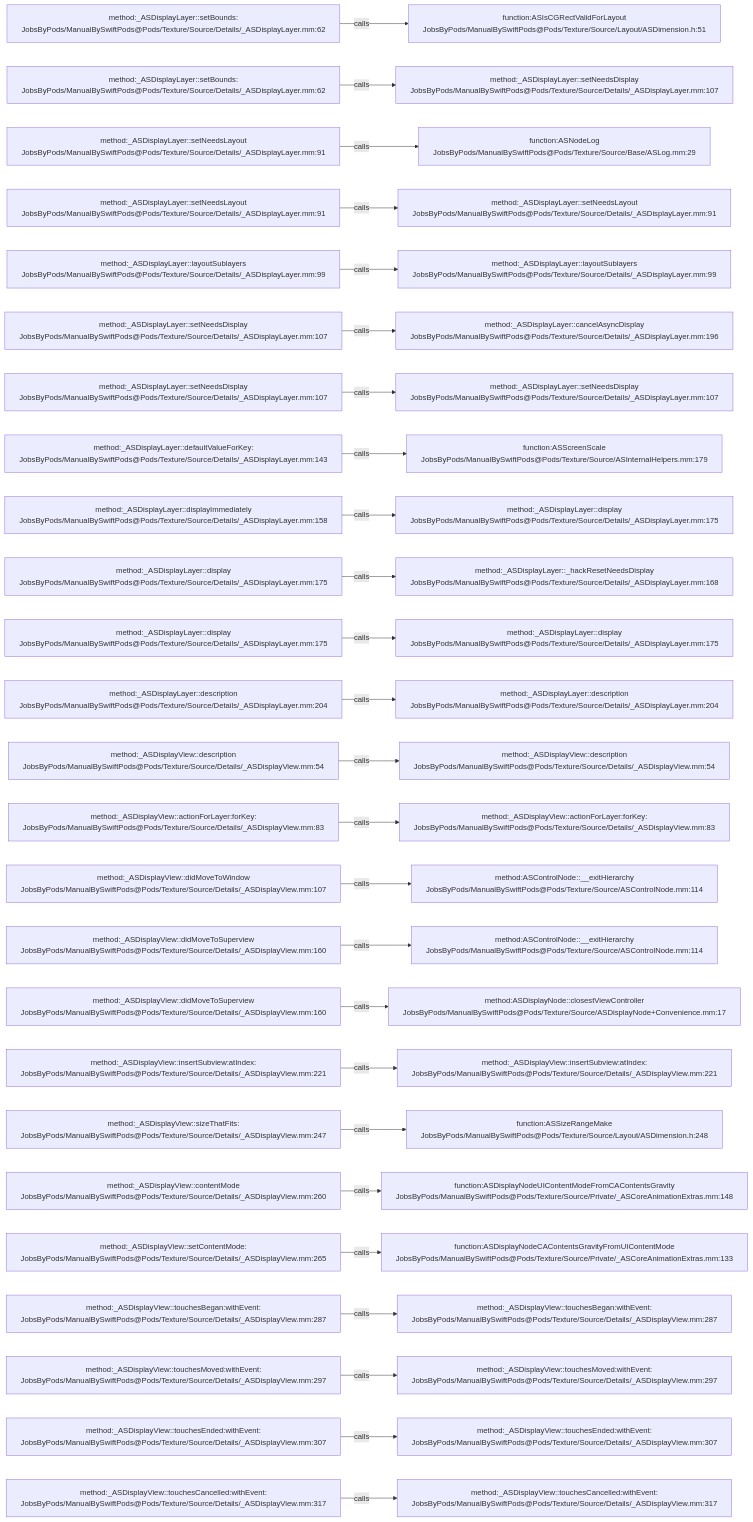
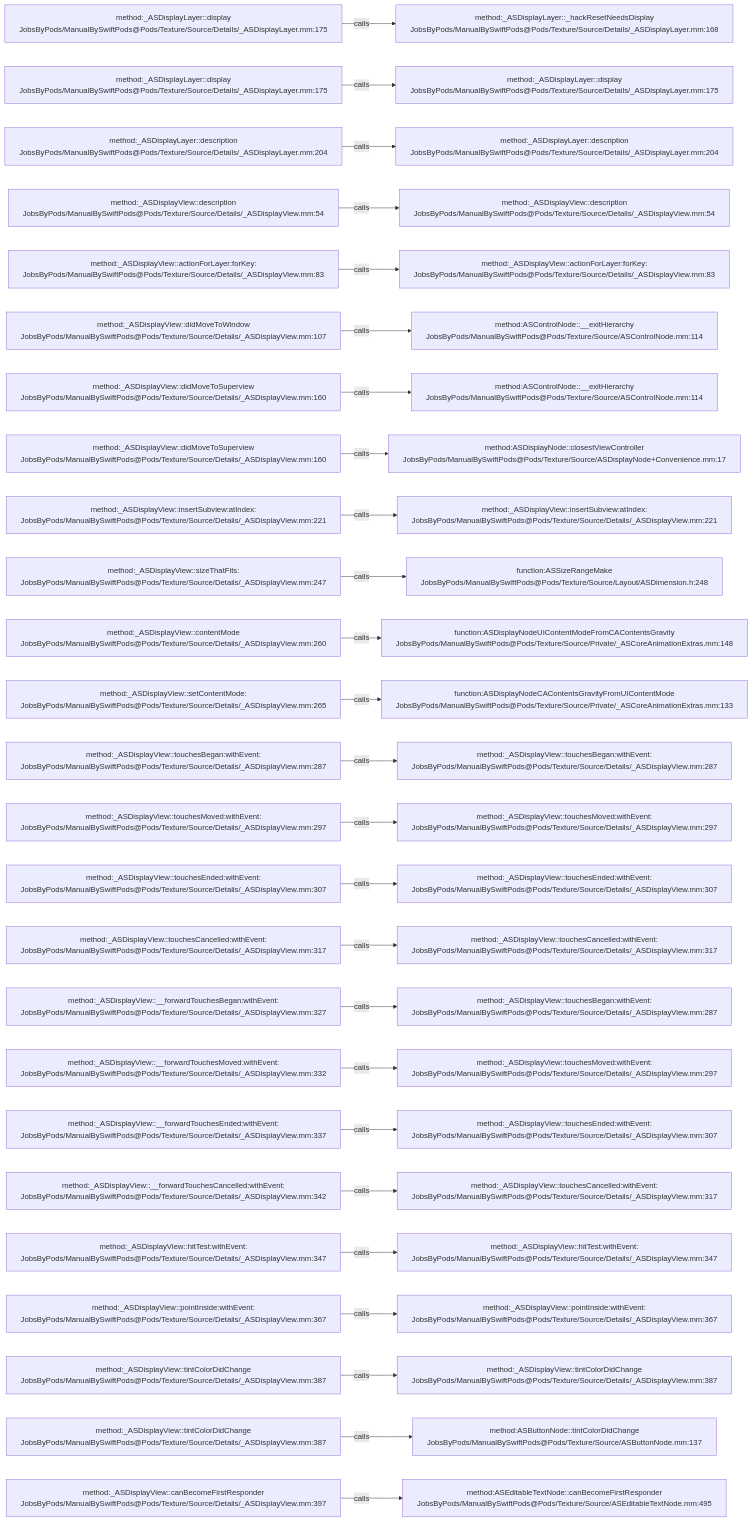
The diagram in .codegraph/codegraph.md/graphs/calls-102.md (JobsKits/JobsSwiftBaseConfigDemo), drawn with Mermaid before and after one commit. The commit also changed 707 other files, not shown here.

````diff
--- a/.codegraph/codegraph.md/graphs/calls-102.md
+++ b/.codegraph/codegraph.md/graphs/calls-102.md
@@ -13,78 +13,78 @@
 ```mermaid
 flowchart LR
-  S1["method:_ASDisplayLayer::setBounds:<br/>JobsByPods/ManualBySwiftPods@Pods/Texture/Source/Details/_ASDisplayLayer.mm:62"]
-  T1["function:ASIsCGRectValidForLayout<br/>JobsByPods/ManualBySwiftPods@Pods/Texture/Source/Layout/ASDimension.h:51"]
+  S1["method:_ASDisplayLayer::display<br/>JobsByPods/ManualBySwiftPods@Pods/Texture/Source/Details/_ASDisplayLayer.mm:175"]
+  T1["method:_ASDisplayLayer::_hackResetNeedsDisplay<br/>JobsByPods/ManualBySwiftPods@Pods/Texture/Source/Details/_ASDisplayLayer.mm:168"]
   S1 -->|calls| T1
-  S2["method:_ASDisplayLayer::setBounds:<br/>JobsByPods/ManualBySwiftPods@Pods/Texture/Source/Details/_ASDisplayLayer.mm:62"]
-  T2["method:_ASDisplayLayer::setNeedsDisplay<br/>JobsByPods/ManualBySwiftPods@Pods/Texture/Source/Details/_ASDisplayLayer.mm:107"]
+  S2["method:_ASDisplayLayer::display<br/>JobsByPods/ManualBySwiftPods@Pods/Texture/Source/Details/_ASDisplayLayer.mm:175"]
+  T2["method:_ASDisplayLayer::display<br/>JobsByPods/ManualBySwiftPods@Pods/Texture/Source/Details/_ASDisplayLayer.mm:175"]
   S2 -->|calls| T2
-  S3["method:_ASDisplayLayer::setNeedsLayout<br/>JobsByPods/ManualBySwiftPods@Pods/Texture/Source/Details/_ASDisplayLayer.mm:91"]
-  T3["function:ASNodeLog<br/>JobsByPods/ManualBySwiftPods@Pods/Texture/Source/Base/ASLog.mm:29"]
+  S3["method:_ASDisplayLayer::description<br/>JobsByPods/ManualBySwiftPods@Pods/Texture/Source/Details/_ASDisplayLayer.mm:204"]
+  T3["method:_ASDisplayLayer::description<br/>JobsByPods/ManualBySwiftPods@Pods/Texture/Source/Details/_ASDisplayLayer.mm:204"]
   S3 -->|calls| T3
-  S4["method:_ASDisplayLayer::setNeedsLayout<br/>JobsByPods/ManualBySwiftPods@Pods/Texture/Source/Details/_ASDisplayLayer.mm:91"]
-  T4["method:_ASDisplayLayer::setNeedsLayout<br/>JobsByPods/ManualBySwiftPods@Pods/Texture/Source/Details/_ASDisplayLayer.mm:91"]
+  S4["method:_ASDisplayView::description<br/>JobsByPods/ManualBySwiftPods@Pods/Texture/Source/Details/_ASDisplayView.mm:54"]
+  T4["method:_ASDisplayView::description<br/>JobsByPods/ManualBySwiftPods@Pods/Texture/Source/Details/_ASDisplayView.mm:54"]
   S4 -->|calls| T4
-  S5["method:_ASDisplayLayer::layoutSublayers<br/>JobsByPods/ManualBySwiftPods@Pods/Texture/Source/Details/_ASDisplayLayer.mm:99"]
-  T5["method:_ASDisplayLayer::layoutSublayers<br/>JobsByPods/ManualBySwiftPods@Pods/Texture/Source/Details/_ASDisplayLayer.mm:99"]
+  S5["method:_ASDisplayView::actionForLayer:forKey:<br/>JobsByPods/ManualBySwiftPods@Pods/Texture/Source/Details/_ASDisplayView.mm:83"]
+  T5["method:_ASDisplayView::actionForLayer:forKey:<br/>JobsByPods/ManualBySwiftPods@Pods/Texture/Source/Details/_ASDisplayView.mm:83"]
   S5 -->|calls| T5
-  S6["method:_ASDisplayLayer::setNeedsDisplay<br/>JobsByPods/ManualBySwiftPods@Pods/Texture/Source/Details/_ASDisplayLayer.mm:107"]
-  T6["method:_ASDisplayLayer::cancelAsyncDisplay<br/>JobsByPods/ManualBySwiftPods@Pods/Texture/Source/Details/_ASDisplayLayer.mm:196"]
+  S6["method:_ASDisplayView::didMoveToWindow<br/>JobsByPods/ManualBySwiftPods@Pods/Texture/Source/Details/_ASDisplayView.mm:107"]
+  T6["method:ASControlNode::__exitHierarchy<br/>JobsByPods/ManualBySwiftPods@Pods/Texture/Source/ASControlNode.mm:114"]
   S6 -->|calls| T6
-  S7["method:_ASDisplayLayer::setNeedsDisplay<br/>JobsByPods/ManualBySwiftPods@Pods/Texture/Source/Details/_ASDisplayLayer.mm:107"]
-  T7["method:_ASDisplayLayer::setNeedsDisplay<br/>JobsByPods/ManualBySwiftPods@Pods/Texture/Source/Details/_ASDisplayLayer.mm:107"]
+  S7["method:_ASDisplayView::didMoveToSuperview<br/>JobsByPods/ManualBySwiftPods@Pods/Texture/Source/Details/_ASDisplayView.mm:160"]
+  T7["method:ASControlNode::__exitHierarchy<br/>JobsByPods/ManualBySwiftPods@Pods/Texture/Source/ASControlNode.mm:114"]
   S7 -->|calls| T7
-  S8["method:_ASDisplayLayer::defaultValueForKey:<br/>JobsByPods/ManualBySwiftPods@Pods/Texture/Source/Details/_ASDisplayLayer.mm:143"]
-  T8["function:ASScreenScale<br/>JobsByPods/ManualBySwiftPods@Pods/Texture/Source/ASInternalHelpers.mm:179"]
+  S8["method:_ASDisplayView::didMoveToSuperview<br/>JobsByPods/ManualBySwiftPods@Pods/Texture/Source/Details/_ASDisplayView.mm:160"]
+  T8["method:ASDisplayNode::closestViewController<br/>JobsByPods/ManualBySwiftPods@Pods/Texture/Source/ASDisplayNode+Convenience.mm:17"]
   S8 -->|calls| T8
-  S9["method:_ASDisplayLayer::displayImmediately<br/>JobsByPods/ManualBySwiftPods@Pods/Texture/Source/Details/_ASDisplayLayer.mm:158"]
-  T9["method:_ASDisplayLayer::display<br/>JobsByPods/ManualBySwiftPods@Pods/Texture/Source/Details/_ASDisplayLayer.mm:175"]
+  S9["method:_ASDisplayView::insertSubview:atIndex:<br/>JobsByPods/ManualBySwiftPods@Pods/Texture/Source/Details/_ASDisplayView.mm:221"]
+  T9["method:_ASDisplayView::insertSubview:atIndex:<br/>JobsByPods/ManualBySwiftPods@Pods/Texture/Source/Details/_ASDisplayView.mm:221"]
   S9 -->|calls| T9
-  S10["method:_ASDisplayLayer::display<br/>JobsByPods/ManualBySwiftPods@Pods/Texture/Source/Details/_ASDisplayLayer.mm:175"]
-  T10["method:_ASDisplayLayer::_hackResetNeedsDisplay<br/>JobsByPods/ManualBySwiftPods@Pods/Texture/Source/Details/_ASDisplayLayer.mm:168"]
+  S10["method:_ASDisplayView::sizeThatFits:<br/>JobsByPods/ManualBySwiftPods@Pods/Texture/Source/Details/_ASDisplayView.mm:247"]
+  T10["function:ASSizeRangeMake<br/>JobsByPods/ManualBySwiftPods@Pods/Texture/Source/Layout/ASDimension.h:248"]
   S10 -->|calls| T10
-  S11["method:_ASDisplayLayer::display<br/>JobsByPods/ManualBySwiftPods@Pods/Texture/Source/Details/_ASDisplayLayer.mm:175"]
-  T11["method:_ASDisplayLayer::display<br/>JobsByPods/ManualBySwiftPods@Pods/Texture/Source/Details/_ASDisplayLayer.mm:175"]
+  S11["method:_ASDisplayView::contentMode<br/>JobsByPods/ManualBySwiftPods@Pods/Texture/Source/Details/_ASDisplayView.mm:260"]
+  T11["function:ASDisplayNodeUIContentModeFromCAContentsGravity<br/>JobsByPods/ManualBySwiftPods@Pods/Texture/Source/Private/_ASCoreAnimationExtras.mm:148"]
   S11 -->|calls| T11
-  S12["method:_ASDisplayLayer::description<br/>JobsByPods/ManualBySwiftPods@Pods/Texture/Source/Details/_ASDisplayLayer.mm:204"]
-  T12["method:_ASDisplayLayer::description<br/>JobsByPods/ManualBySwiftPods@Pods/Texture/Source/Details/_ASDisplayLayer.mm:204"]
+  S12["method:_ASDisplayView::setContentMode:<br/>JobsByPods/ManualBySwiftPods@Pods/Texture/Source/Details/_ASDisplayView.mm:265"]
+  T12["function:ASDisplayNodeCAContentsGravityFromUIContentMode<br/>JobsByPods/ManualBySwiftPods@Pods/Texture/Source/Private/_ASCoreAnimationExtras.mm:133"]
   S12 -->|calls| T12
-  S13["method:_ASDisplayView::description<br/>JobsByPods/ManualBySwiftPods@Pods/Texture/Source/Details/_ASDisplayView.mm:54"]
-  T13["method:_ASDisplayView::description<br/>JobsByPods/ManualBySwiftPods@Pods/Texture/Source/Details/_ASDisplayView.mm:54"]
+  S13["method:_ASDisplayView::touchesBegan:withEvent:<br/>JobsByPods/ManualBySwiftPods@Pods/Texture/Source/Details/_ASDisplayView.mm:287"]
+  T13["method:_ASDisplayView::touchesBegan:withEvent:<br/>JobsByPods/ManualBySwiftPods@Pods/Texture/Source/Details/_ASDisplayView.mm:287"]
   S13 -->|calls| T13
-  S14["method:_ASDisplayView::actionForLayer:forKey:<br/>JobsByPods/ManualBySwiftPods@Pods/Texture/Source/Details/_ASDisplayView.mm:83"]
-  T14["method:_ASDisplayView::actionForLayer:forKey:<br/>JobsByPods/ManualBySwiftPods@Pods/Texture/Source/Details/_ASDisplayView.mm:83"]
+  S14["method:_ASDisplayView::touchesMoved:withEvent:<br/>JobsByPods/ManualBySwiftPods@Pods/Texture/Source/Details/_ASDisplayView.mm:297"]
+  T14["method:_ASDisplayView::touchesMoved:withEvent:<br/>JobsByPods/ManualBySwiftPods@Pods/Texture/Source/Details/_ASDisplayView.mm:297"]
   S14 -->|calls| T14
-  S15["method:_ASDisplayView::didMoveToWindow<br/>JobsByPods/ManualBySwiftPods@Pods/Texture/Source/Details/_ASDisplayView.mm:107"]
-  T15["method:ASControlNode::__exitHierarchy<br/>JobsByPods/ManualBySwiftPods@Pods/Texture/Source/ASControlNode.mm:114"]
+  S15["method:_ASDisplayView::touchesEnded:withEvent:<br/>JobsByPods/ManualBySwiftPods@Pods/Texture/Source/Details/_ASDisplayView.mm:307"]
+  T15["method:_ASDisplayView::touchesEnded:withEvent:<br/>JobsByPods/ManualBySwiftPods@Pods/Texture/Source/Details/_ASDisplayView.mm:307"]
   S15 -->|calls| T15
-  S16["method:_ASDisplayView::didMoveToSuperview<br/>JobsByPods/ManualBySwiftPods@Pods/Texture/Source/Details/_ASDisplayView.mm:160"]
-  T16["method:ASControlNode::__exitHierarchy<br/>JobsByPods/ManualBySwiftPods@Pods/Texture/Source/ASControlNode.mm:114"]
+  S16["method:_ASDisplayView::touchesCancelled:withEvent:<br/>JobsByPods/ManualBySwiftPods@Pods/Texture/Source/Details/_ASDisplayView.mm:317"]
+  T16["method:_ASDisplayView::touchesCancelled:withEvent:<br/>JobsByPods/ManualBySwiftPods@Pods/Texture/Source/Details/_ASDisplayView.mm:317"]
   S16 -->|calls| T16
-  S17["method:_ASDisplayView::didMoveToSuperview<br/>JobsByPods/ManualBySwiftPods@Pods/Texture/Source/Details/_ASDisplayView.mm:160"]
-  T17["method:ASDisplayNode::closestViewController<br/>JobsByPods/ManualBySwiftPods@Pods/Texture/Source/ASDisplayNode+Convenience.mm:17"]
+  S17["method:_ASDisplayView::__forwardTouchesBegan:withEvent:<br/>JobsByPods/ManualBySwiftPods@Pods/Texture/Source/Details/_ASDisplayView.mm:327"]
+  T17["method:_ASDisplayView::touchesBegan:withEvent:<br/>JobsByPods/ManualBySwiftPods@Pods/Texture/Source/Details/_ASDisplayView.mm:287"]
   S17 -->|calls| T17
-  S18["method:_ASDisplayView::insertSubview:atIndex:<br/>JobsByPods/ManualBySwiftPods@Pods/Texture/Source/Details/_ASDisplayView.mm:221"]
-  T18["method:_ASDisplayView::insertSubview:atIndex:<br/>JobsByPods/ManualBySwiftPods@Pods/Texture/Source/Details/_ASDisplayView.mm:221"]
+  S18["method:_ASDisplayView::__forwardTouchesMoved:withEvent:<br/>JobsByPods/ManualBySwiftPods@Pods/Texture/Source/Details/_ASDisplayView.mm:332"]
+  T18["method:_ASDisplayView::touchesMoved:withEvent:<br/>JobsByPods/ManualBySwiftPods@Pods/Texture/Source/Details/_ASDisplayView.mm:297"]
   S18 -->|calls| T18
-  S19["method:_ASDisplayView::sizeThatFits:<br/>JobsByPods/ManualBySwiftPods@Pods/Texture/Source/Details/_ASDisplayView.mm:247"]
-  T19["function:ASSizeRangeMake<br/>JobsByPods/ManualBySwiftPods@Pods/Texture/Source/Layout/ASDimension.h:248"]
+  S19["method:_ASDisplayView::__forwardTouchesEnded:withEvent:<br/>JobsByPods/ManualBySwiftPods@Pods/Texture/Source/Details/_ASDisplayView.mm:337"]
+  T19["method:_ASDisplayView::touchesEnded:withEvent:<br/>JobsByPods/ManualBySwiftPods@Pods/Texture/Source/Details/_ASDisplayView.mm:307"]
   S19 -->|calls| T19
-  S20["method:_ASDisplayView::contentMode<br/>JobsByPods/ManualBySwiftPods@Pods/Texture/Source/Details/_ASDisplayView.mm:260"]
-  T20["function:ASDisplayNodeUIContentModeFromCAContentsGravity<br/>JobsByPods/ManualBySwiftPods@Pods/Texture/Source/Private/_ASCoreAnimationExtras.mm:148"]
+  S20["method:_ASDisplayView::__forwardTouchesCancelled:withEvent:<br/>JobsByPods/ManualBySwiftPods@Pods/Texture/Source/Details/_ASDisplayView.mm:342"]
+  T20["method:_ASDisplayView::touchesCancelled:withEvent:<br/>JobsByPods/ManualBySwiftPods@Pods/Texture/Source/Details/_ASDisplayView.mm:317"]
   S20 -->|calls| T20
-  S21["method:_ASDisplayView::setContentMode:<br/>JobsByPods/ManualBySwiftPods@Pods/Texture/Source/Details/_ASDisplayView.mm:265"]
-  T21["function:ASDisplayNodeCAContentsGravityFromUIContentMode<br/>JobsByPods/ManualBySwiftPods@Pods/Texture/Source/Private/_ASCoreAnimationExtras.mm:133"]
+  S21["method:_ASDisplayView::hitTest:withEvent:<br/>JobsByPods/ManualBySwiftPods@Pods/Texture/Source/Details/_ASDisplayView.mm:347"]
+  T21["method:_ASDisplayView::hitTest:withEvent:<br/>JobsByPods/ManualBySwiftPods@Pods/Texture/Source/Details/_ASDisplayView.mm:347"]
   S21 -->|calls| T21
-  S22["method:_ASDisplayView::touchesBegan:withEvent:<br/>JobsByPods/ManualBySwiftPods@Pods/Texture/Source/Details/_ASDisplayView.mm:287"]
-  T22["method:_ASDisplayView::touchesBegan:withEvent:<br/>JobsByPods/ManualBySwiftPods@Pods/Texture/Source/Details/_ASDisplayView.mm:287"]
+  S22["method:_ASDisplayView::pointInside:withEvent:<br/>JobsByPods/ManualBySwiftPods@Pods/Texture/Source/Details/_ASDisplayView.mm:367"]
+  T22["method:_ASDisplayView::pointInside:withEvent:<br/>JobsByPods/ManualBySwiftPods@Pods/Texture/Source/Details/_ASDisplayView.mm:367"]
   S22 -->|calls| T22
-  S23["method:_ASDisplayView::touchesMoved:withEvent:<br/>JobsByPods/ManualBySwiftPods@Pods/Texture/Source/Details/_ASDisplayView.mm:297"]
-  T23["method:_ASDisplayView::touchesMoved:withEvent:<br/>JobsByPods/ManualBySwiftPods@Pods/Texture/Source/Details/_ASDisplayView.mm:297"]
+  S23["method:_ASDisplayView::tintColorDidChange<br/>JobsByPods/ManualBySwiftPods@Pods/Texture/Source/Details/_ASDisplayView.mm:387"]
+  T23["method:_ASDisplayView::tintColorDidChange<br/>JobsByPods/ManualBySwiftPods@Pods/Texture/Source/Details/_ASDisplayView.mm:387"]
   S23 -->|calls| T23
-  S24["method:_ASDisplayView::touchesEnded:withEvent:<br/>JobsByPods/ManualBySwiftPods@Pods/Texture/Source/Details/_ASDisplayView.mm:307"]
-  T24["method:_ASDisplayView::touchesEnded:withEvent:<br/>JobsByPods/ManualBySwiftPods@Pods/Texture/Source/Details/_ASDisplayView.mm:307"]
+  S24["method:_ASDisplayView::tintColorDidChange<br/>JobsByPods/ManualBySwiftPods@Pods/Texture/Source/Details/_ASDisplayView.mm:387"]
+  T24["method:ASButtonNode::tintColorDidChange<br/>JobsByPods/ManualBySwiftPods@Pods/Texture/Source/ASButtonNode.mm:137"]
   S24 -->|calls| T24
-  S25["method:_ASDisplayView::touchesCancelled:withEvent:<br/>JobsByPods/ManualBySwiftPods@Pods/Texture/Source/Details/_ASDisplayView.mm:317"]
-  T25["method:_ASDisplayView::touchesCancelled:withEvent:<br/>JobsByPods/ManualBySwiftPods@Pods/Texture/Source/Details/_ASDisplayView.mm:317"]
+  S25["method:_ASDisplayView::canBecomeFirstResponder<br/>JobsByPods/ManualBySwiftPods@Pods/Texture/Source/Details/_ASDisplayView.mm:397"]
+  T25["method:ASEditableTextNode::canBecomeFirstResponder<br/>JobsByPods/ManualBySwiftPods@Pods/Texture/Source/ASEditableTextNode.mm:495"]
   S25 -->|calls| T25
 ```
````
